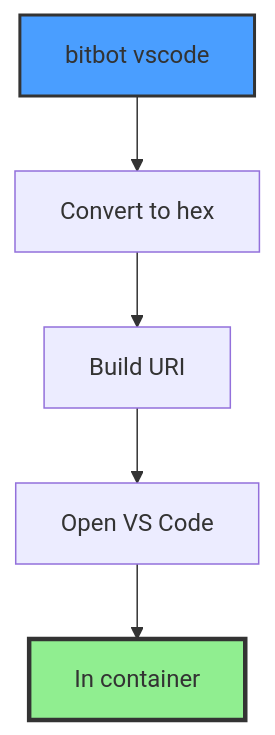
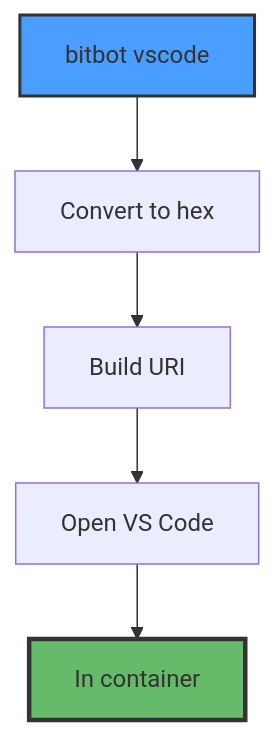
Before and after one commit to ManuelKugelmann/BitBot: the third of 6 diagrams in sparc/3-architecture/diagrams/04-vscode-integration.md, drawn with Mermaid. The commit also changed other lines of this file and 6 other files, not shown here.

First line of the commit message:
Improve diagram colors for better dark text contrast

````diff
--- a/sparc/3-architecture/diagrams/04-vscode-integration.md
+++ b/sparc/3-architecture/diagrams/04-vscode-integration.md
@@ -74,16 +74,16 @@
 ```mermaid
 flowchart TD
     USER[bitbot vscode]
     HEX[Convert to hex]
     URI[Build URI]
     OPEN[Open VS Code]
     CONTAINER[In container]
 
     USER --> HEX
     HEX --> URI
     URI --> OPEN
     OPEN --> CONTAINER
 
     style USER fill:#4a9eff,stroke:#333,stroke-width:2px
-    style CONTAINER fill:#90ee90,stroke:#333,stroke-width:3px
+    style CONTAINER fill:#66bb6a,stroke:#333,stroke-width:3px
 ```
````
